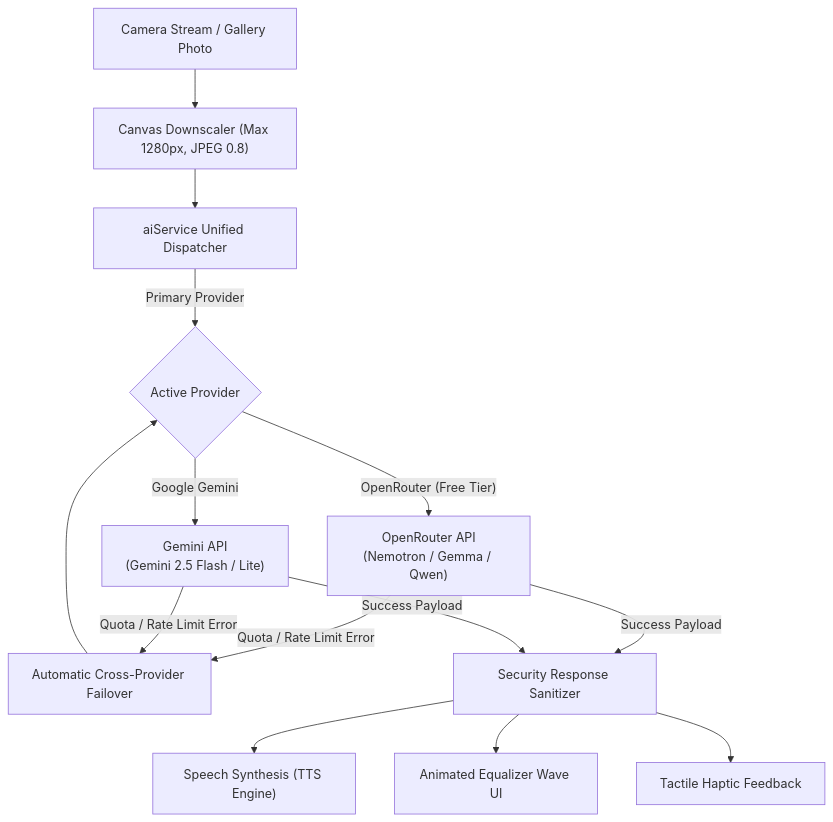
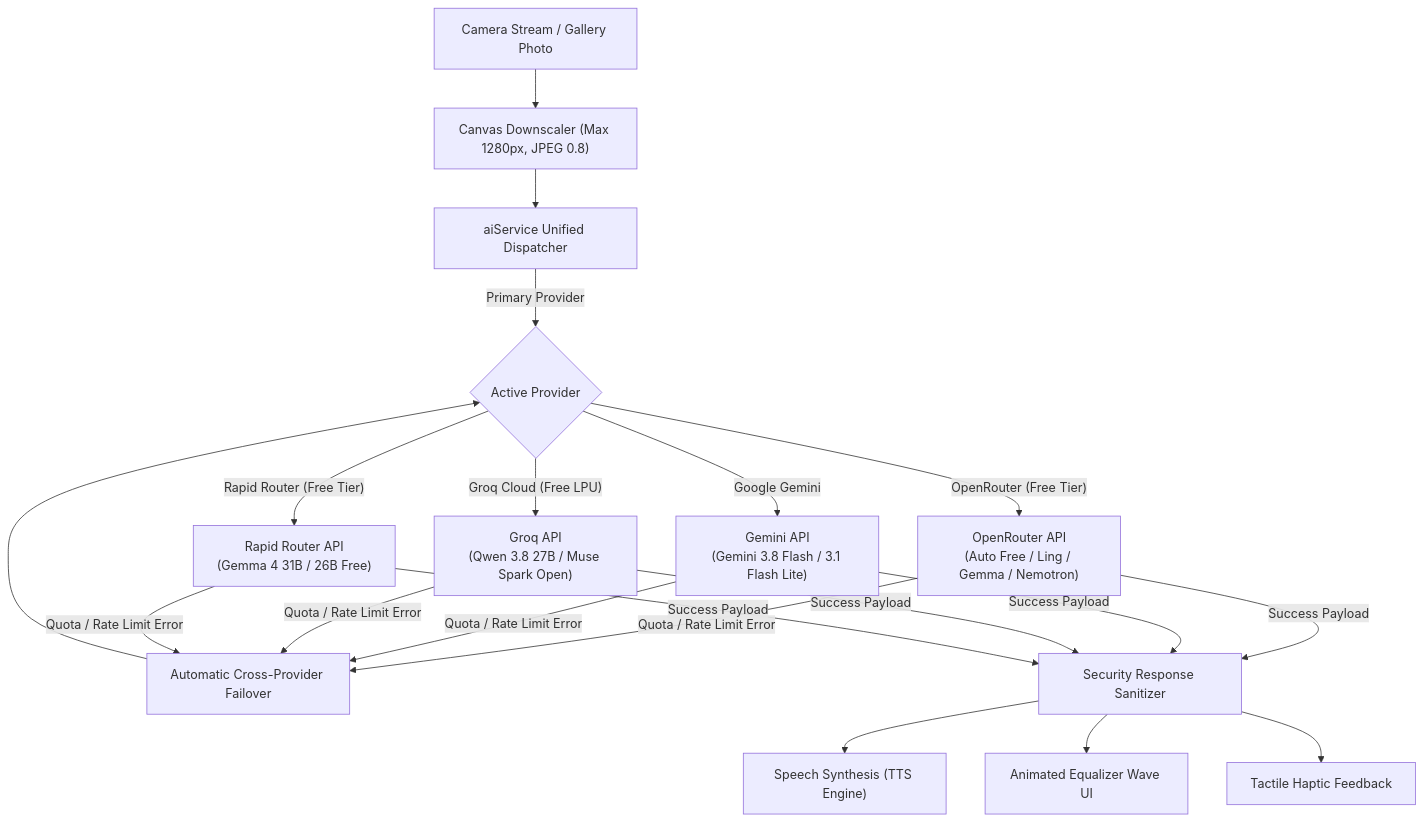
Before and after one commit to DevCodeHub99/vision-voice-ai: the diagram in README.md, drawn with Mermaid. The commit also changed other lines of this file and 42 other files, not shown here.

Commit message:
feat: add free-tier AI providers, harden PWA/a11y, and migrate tests to node:test

````diff
--- a/README.md
+++ b/README.md
@@ -35,20 +35,26 @@
 ```mermaid
 flowchart TD
     A["Camera Stream / Gallery Photo"] --> B["Canvas Downscaler (Max 1280px, JPEG 0.8)"]
     B --> C["aiService Unified Dispatcher"]
     
     C -->|"Primary Provider"| D{"Active Provider"}
-    D -->|"OpenRouter (Free Tier)"| E["OpenRouter API\n(Nemotron / Gemma / Qwen)"]
-    D -->|"Google Gemini"| F["Gemini API\n(Gemini 2.5 Flash / Lite)"]
+    D -->|"Google Gemini"| F["Gemini API\n(Gemini 3.8 Flash / 3.1 Flash Lite)"]
+    D -->|"OpenRouter (Free Tier)"| E["OpenRouter API\n(Auto Free / Ling / Gemma / Nemotron)"]
+    D -->|"Groq Cloud (Free LPU)"| G1["Groq API\n(Qwen 3.8 27B / Muse Spark Open)"]
+    D -->|"Rapid Router (Free Tier)"| G2["Rapid Router API\n(Gemma 4 31B / 26B Free)"]
     
     E -->|"Quota / Rate Limit Error"| G["Automatic Cross-Provider Failover"]
     F -->|"Quota / Rate Limit Error"| G
+    G1 -->|"Quota / Rate Limit Error"| G
+    G2 -->|"Quota / Rate Limit Error"| G
     G --> D
     
     E -->|"Success Payload"| H["Security Response Sanitizer"]
     F -->|"Success Payload"| H
+    G1 -->|"Success Payload"| H
+    G2 -->|"Success Payload"| H
     
     H --> I["Speech Synthesis (TTS Engine)"]
     H --> J["Animated Equalizer Wave UI"]
     H --> K["Tactile Haptic Feedback"]
 ```
````
